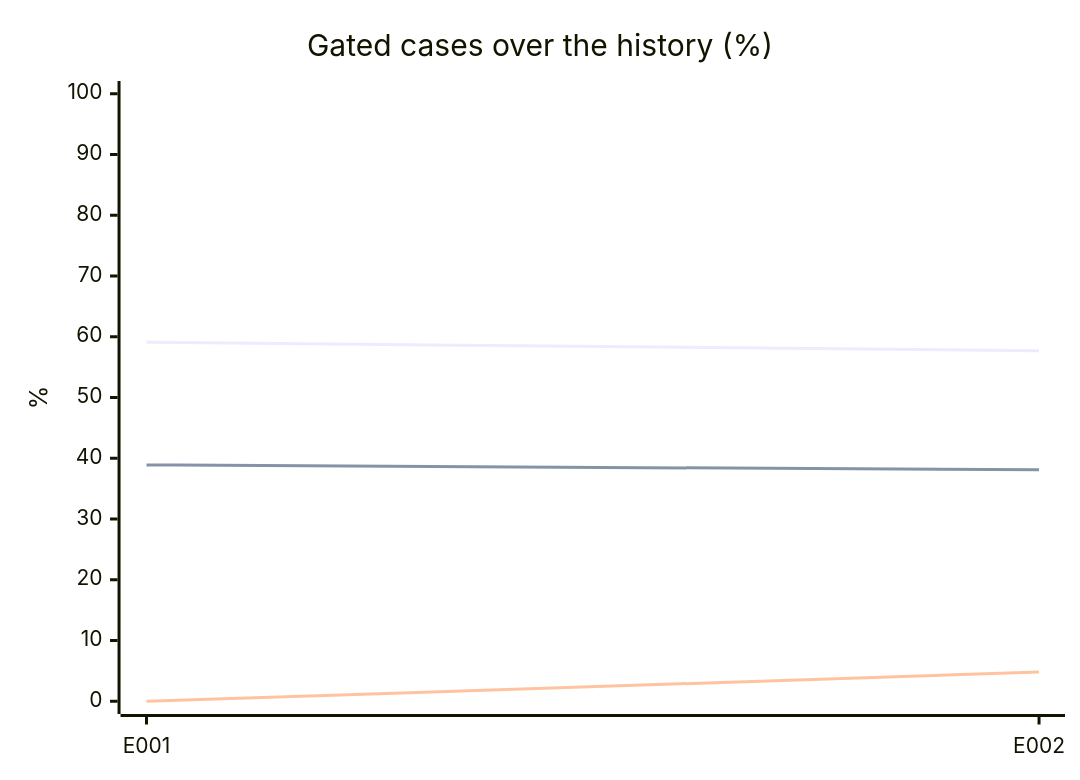
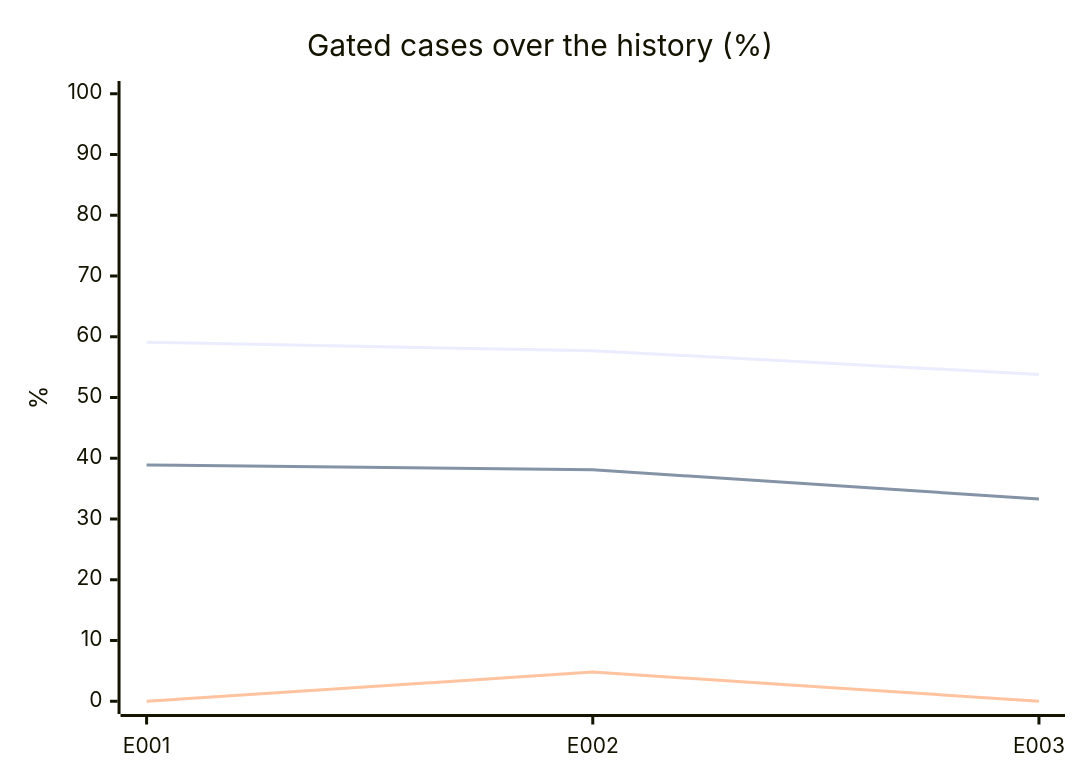
Before and after one commit to acarbonellb/anti-fraud-agent: the diagram in evals/report.md, drawn with Mermaid. The commit also changed other lines of this file and 44 other files, not shown here.

````diff
--- a/evals/report.md
+++ b/evals/report.md
@@ -37,9 +38,9 @@
 ```mermaid
 xychart-beta
   title "Gated cases over the history (%)"
-  x-axis [E001, E002]
+  x-axis [E001, E002, E003]
   y-axis "%" 0 --> 100
-  line [59.1, 57.7]
-  line [38.9, 38.1]
-  line [0, 4.8]
+  line [59.1, 57.7, 53.8]
+  line [38.9, 38.1, 33.3]
+  line [0, 4.8, 0]
 ```
````
